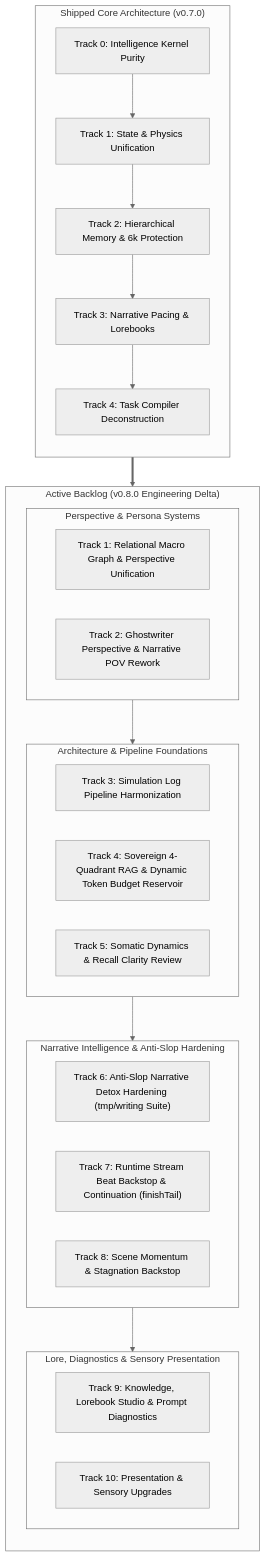
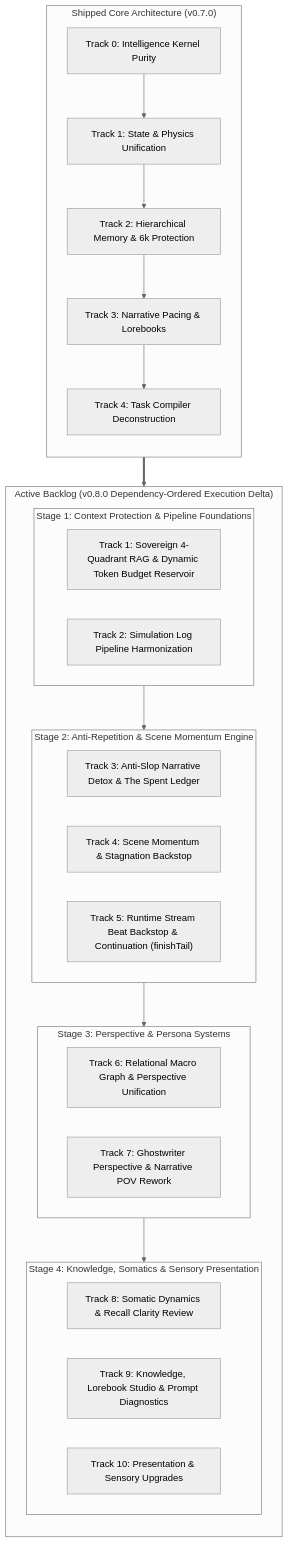
The diagram in ROADMAP.md (JooduG/RPGlitch), drawn with Mermaid (neutral theme) before and after one commit. The commit also changed other lines of this file and 7 other files, not shown here.

````diff
--- a/ROADMAP.md
+++ b/ROADMAP.md
@@ -20,41 +20,41 @@
 ```mermaid
 flowchart TD
     subgraph Shipped ["Shipped Core Architecture (v0.7.0)"]
         direction TB
         T0["Track 0: Intelligence Kernel Purity"]
         T1["Track 1: State & Physics Unification"]
         T2["Track 2: Hierarchical Memory & 6k Protection"]
         T3["Track 3: Narrative Pacing & Lorebooks"]
         T4["Track 4: Task Compiler Deconstruction"]
         T0 --> T1 --> T2 --> T3 --> T4
     end
 
-    subgraph ActiveBacklog ["Active Backlog (v0.8.0 Engineering Delta)"]
+    subgraph ActiveBacklog ["Active Backlog (v0.8.0 Dependency-Ordered Execution Delta)"]
         direction TB
-        subgraph Group1 ["Perspective & Persona Systems"]
-            TR1["Track 1: Relational Macro Graph & Perspective Unification"]
-            TR2["Track 2: Ghostwriter Perspective & Narrative POV Rework"]
+        subgraph Stage1 ["Stage 1: Context Protection & Pipeline Foundations"]
+            TR1["Track 1: Sovereign 4-Quadrant RAG & Dynamic Token Budget Reservoir"]
+            TR2["Track 2: Simulation Log Pipeline Harmonization"]
         end
 
-        subgraph Group2 ["Architecture & Pipeline Foundations"]
-            TR3["Track 3: Simulation Log Pipeline Harmonization"]
-            TR4["Track 4: Sovereign 4-Quadrant RAG & Dynamic Token Budget Reservoir"]
-            TR5["Track 5: Somatic Dynamics & Recall Clarity Review"]
+        subgraph Stage2 ["Stage 2: Anti-Repetition & Scene Momentum Engine"]
+            TR3["Track 3: Anti-Slop Narrative Detox & The Spent Ledger"]
+            TR4["Track 4: Scene Momentum & Stagnation Backstop"]
+            TR5["Track 5: Runtime Stream Beat Backstop & Continuation (finishTail)"]
         end
 
-        subgraph Group3 ["Narrative Intelligence & Anti-Slop Hardening"]
-            TR6["Track 6: Anti-Slop Narrative Detox Hardening (tmp/writing Suite)"]
-            TR7["Track 7: Runtime Stream Beat Backstop & Continuation (finishTail)"]
-            TR8["Track 8: Scene Momentum & Stagnation Backstop"]
+        subgraph Stage3 ["Stage 3: Perspective & Persona Systems"]
+            TR6["Track 6: Relational Macro Graph & Perspective Unification"]
+            TR7["Track 7: Ghostwriter Perspective & Narrative POV Rework"]
         end
 
-        subgraph Group4 ["Lore, Diagnostics & Sensory Presentation"]
+        subgraph Stage4 ["Stage 4: Knowledge, Somatics & Sensory Presentation"]
+            TR8["Track 8: Somatic Dynamics & Recall Clarity Review"]
             TR9["Track 9: Knowledge, Lorebook Studio & Prompt Diagnostics"]
             TR10["Track 10: Presentation & Sensory Upgrades"]
         end
 
-        Group1 --> Group2 --> Group3 --> Group4
+        Stage1 --> Stage2 --> Stage3 --> Stage4
     end
 
     Shipped ==> ActiveBacklog
 ```
````
